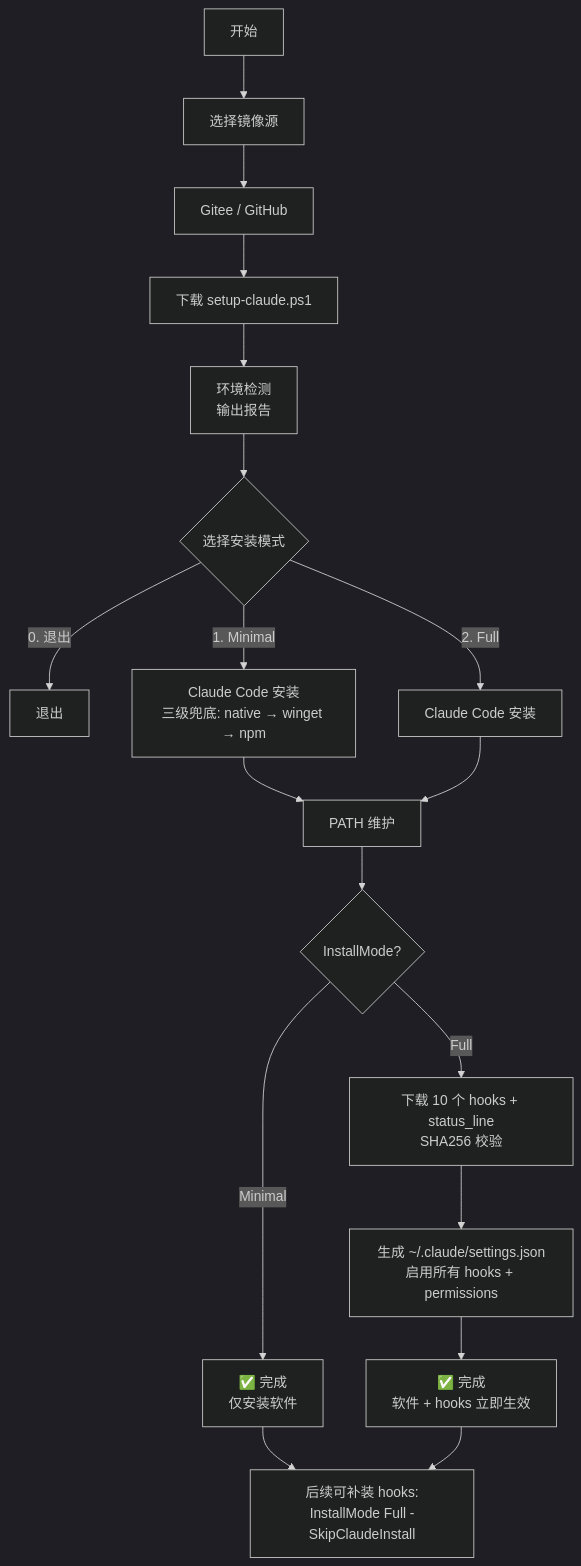
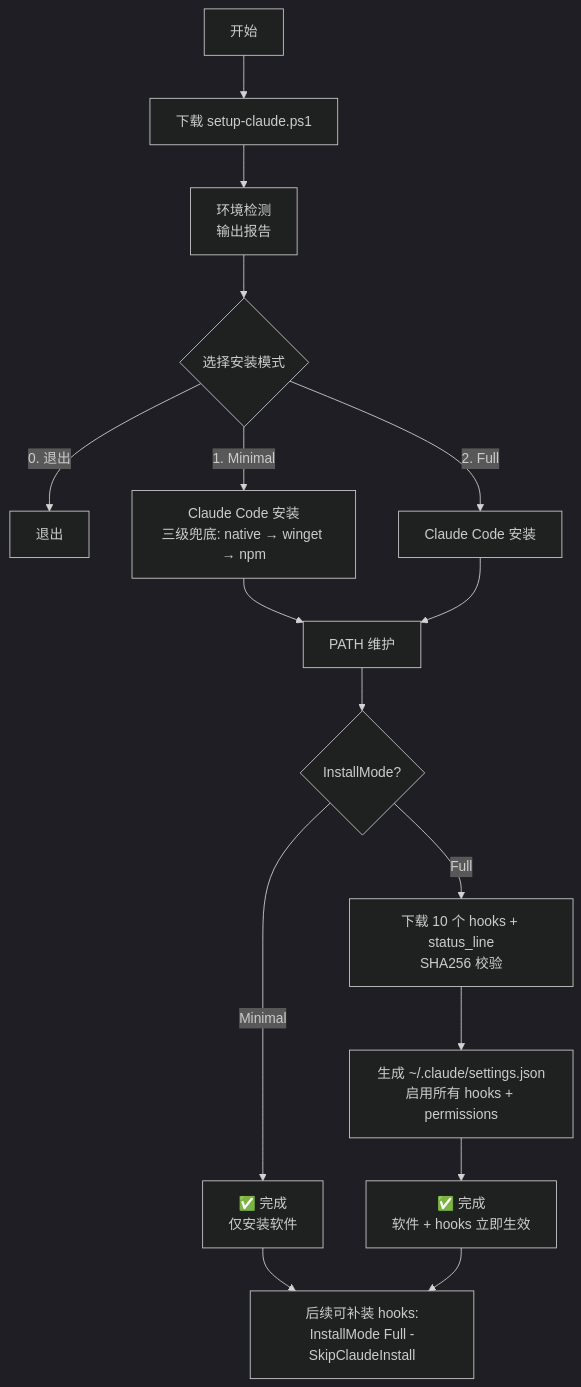
Before and after one commit to ErgeAIA/claude-code-bootstrap: the diagram in README.md, drawn with Mermaid (dark theme). The commit also changed other lines of this file and 4 other files, not shown here.

Commit message:
chore: 停用 Gitee 镜像与双平台同步，主攻 GitHub（移除 install.ps1/README/AGENTS.md 的 Gitee 引用）

````diff
--- a/README.md
+++ b/README.md
@@ -60,20 +53,18 @@
 ```mermaid
 flowchart TD
-    A[开始] --> B[选择镜像源]
-    B --> C[Gitee / GitHub]
-    C --> D[下载 setup-claude.ps1]
-    D --> E[环境检测\n输出报告]
-    E --> F{选择安装模式}
+    A[开始] --> B[下载 setup-claude.ps1]
+    B --> C[环境检测\n输出报告]
+    C --> F{选择安装模式}
     F -->|0. 退出| Z[退出]
     F -->|1. Minimal| G[Claude Code 安装\n三级兜底: native → winget → npm]
     F -->|2. Full| H[Claude Code 安装]
     G --> I[PATH 维护]
     H --> I
     I --> J{InstallMode?}
     J -->|Minimal| K[✅ 完成\n仅安装软件]
     J -->|Full| L[下载 10 个 hooks + status_line\nSHA256 校验]
     L --> M[生成 ~/.claude/settings.json\n启用所有 hooks + permissions]
     M --> N[✅ 完成\n软件 + hooks 立即生效]
     K --> P[后续可补装 hooks:\nInstallMode Full -SkipClaudeInstall]
     N --> P
 ```
````
